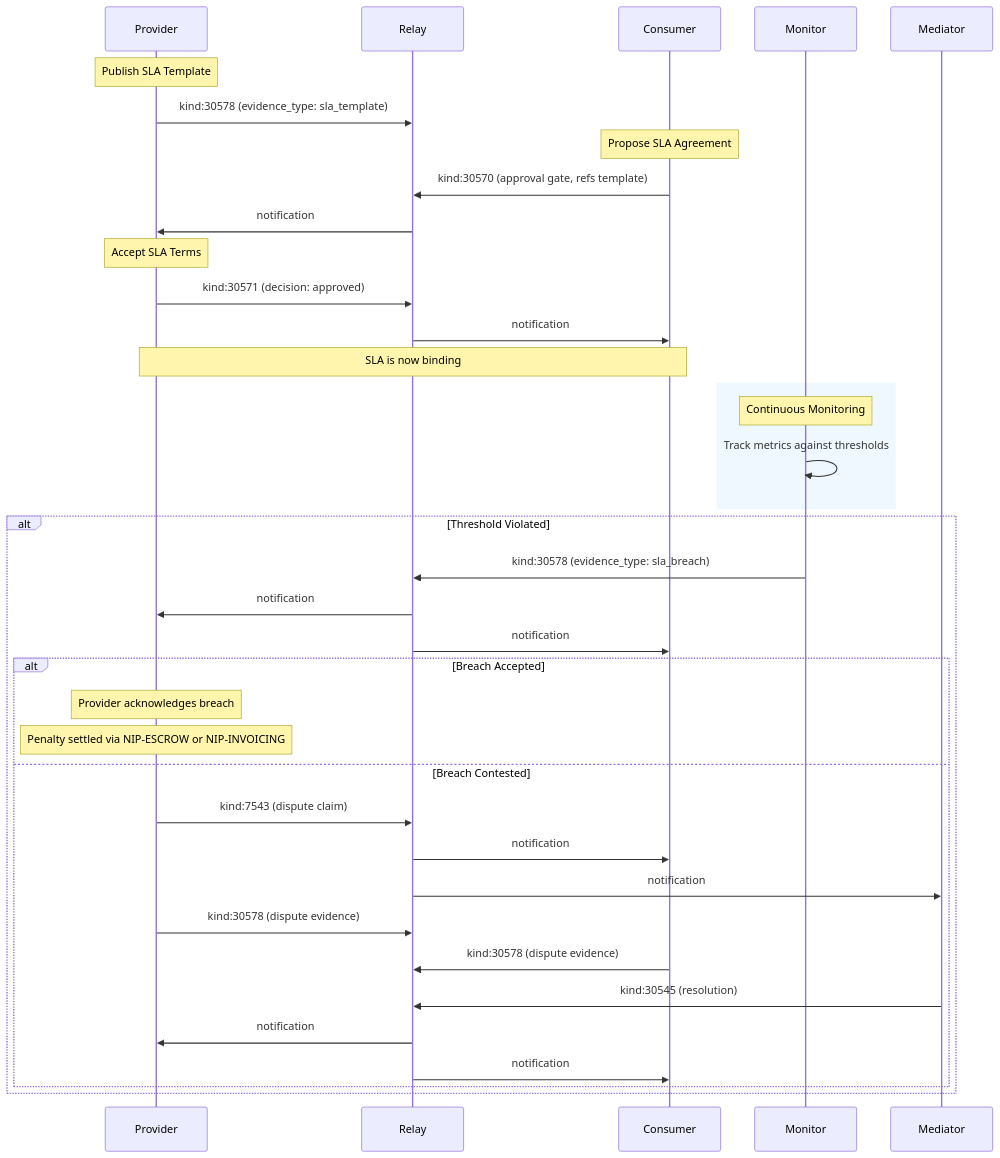
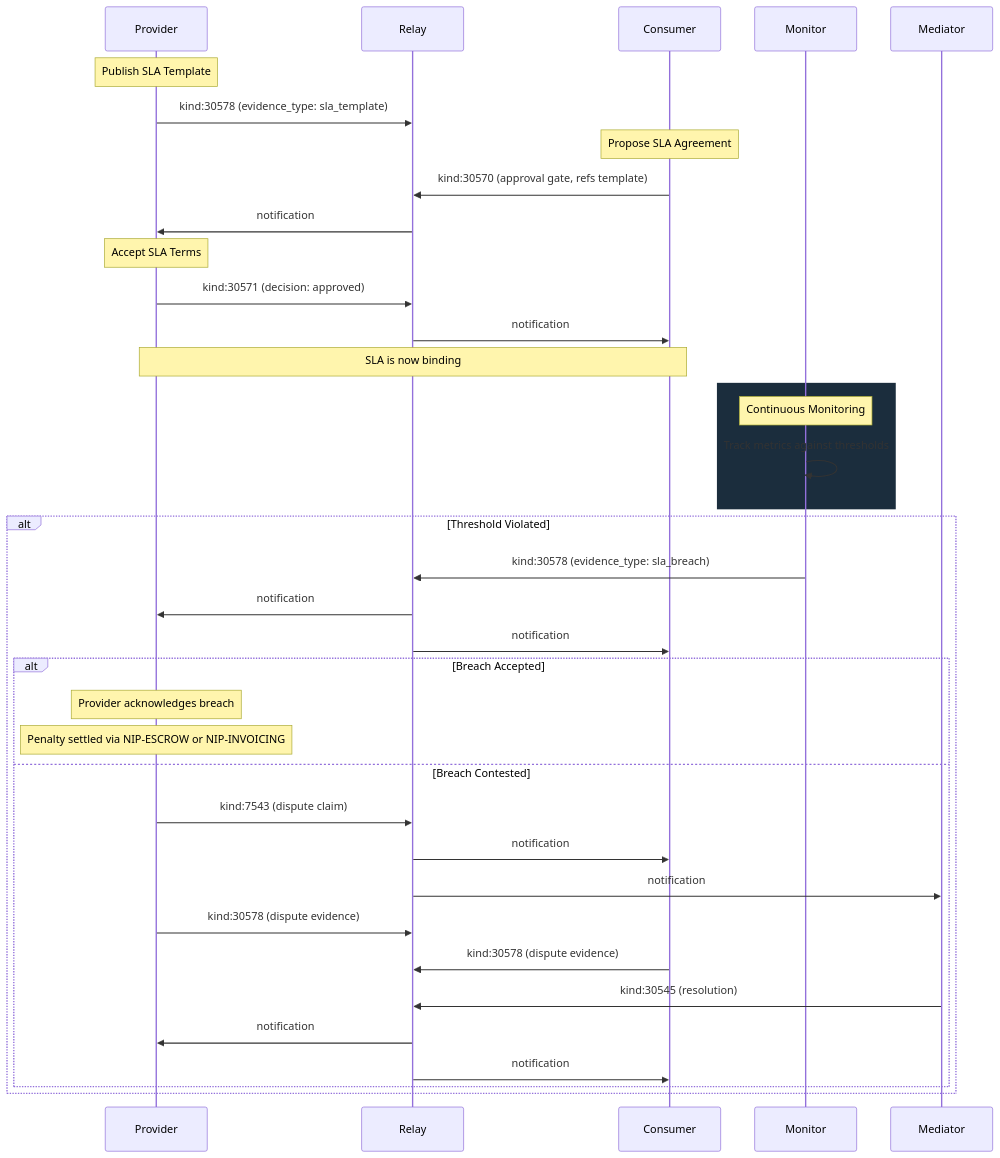
Before and after one commit to forgesworn/nip-drafts: the diagram in images/sla-1.mmd, drawn with Mermaid. The commit also changed 45 other files, not shown here.

First line of the commit message:
fix: dark theme contrast on diagrams, strip private repo references

```diff
--- a/images/sla-1.mmd
+++ b/images/sla-1.mmd
@@ -1,46 +1,46 @@
 sequenceDiagram
     participant Provider
     participant Relay
     participant Consumer
     participant Monitor
     participant Mediator
 
     Note over Provider: Publish SLA Template
     Provider->>Relay: kind:30578 (evidence_type: sla_template)
 
     Note over Consumer: Propose SLA Agreement
     Consumer->>Relay: kind:30570 (approval gate, refs template)
     Relay->>Provider: notification
 
     Note over Provider: Accept SLA Terms
     Provider->>Relay: kind:30571 (decision: approved)
     Relay->>Consumer: notification
 
     Note over Provider,Consumer: SLA is now binding
 
-    rect rgb(240, 248, 255)
+    rect rgb(27, 45, 61)
         Note over Monitor: Continuous Monitoring
         Monitor->>Monitor: Track metrics against thresholds
     end
 
     alt Threshold Violated
         Monitor->>Relay: kind:30578 (evidence_type: sla_breach)
         Relay->>Provider: notification
         Relay->>Consumer: notification
 
         alt Breach Accepted
             Note over Provider: Provider acknowledges breach
             Note over Provider: Penalty settled via NIP-ESCROW or NIP-INVOICING
         else Breach Contested
             Provider->>Relay: kind:7543 (dispute claim)
             Relay->>Consumer: notification
             Relay->>Mediator: notification
 
             Provider->>Relay: kind:30578 (dispute evidence)
             Consumer->>Relay: kind:30578 (dispute evidence)
 
             Mediator->>Relay: kind:30545 (resolution)
             Relay->>Provider: notification
             Relay->>Consumer: notification
         end
     end
```
